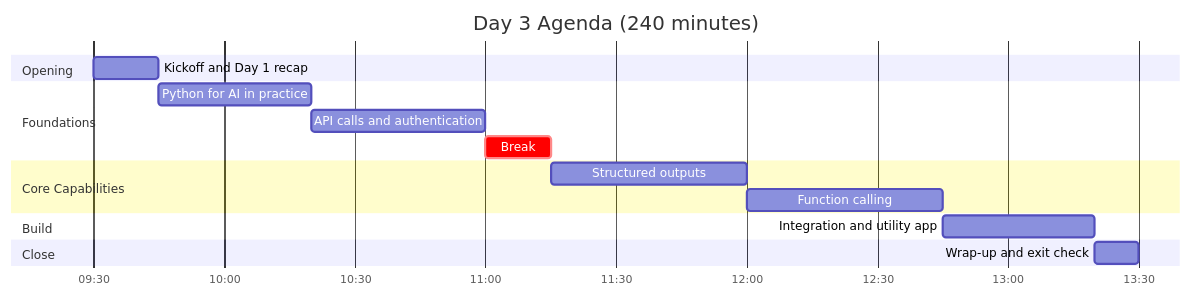
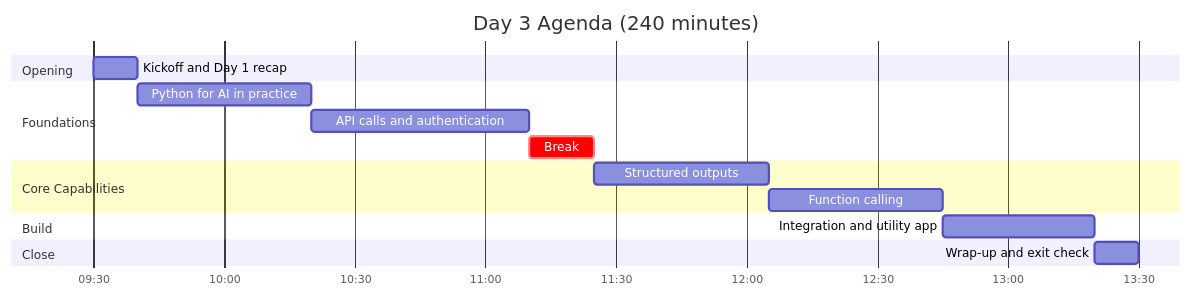
Before and after one commit to ramanujds/kpil-ai-fde: the second of 5 diagrams in session-03/Day3_Python_LLM_APIs_Schedule.md, drawn with Mermaid. The commit also changed other lines of this file and 70 other files, not shown here.

````diff
--- a/session-03/Day3_Python_LLM_APIs_Schedule.md
+++ b/session-03/Day3_Python_LLM_APIs_Schedule.md
@@ -41,19 +39,19 @@
 ```mermaid
 gantt
     title Day 3 Agenda (240 minutes)
     dateFormat HH:mm
     axisFormat %H:%M
     section Opening
-    Kickoff and Day 1 recap         :a1, 09:30, 15m
+    Kickoff and Day 1 recap         :a1, 09:30, 10m
     section Foundations
-    Python for AI in practice       :a2, after a1, 35m
-    API calls and authentication    :a3, after a2, 40m
+    Python for AI in practice       :a2, after a1, 40m
+    API calls and authentication    :a3, after a2, 50m
     Break                           :crit, a4, after a3, 15m
     section Core Capabilities
-    Structured outputs              :a5, after a4, 45m
-    Function calling                :a6, after a5, 45m
+    Structured outputs              :a5, after a4, 40m
+    Function calling                :a6, after a5, 40m
     section Build
     Integration and utility app     :a7, after a6, 35m
     section Close
     Wrap-up and exit check          :a8, after a7, 10m
 ```
````
